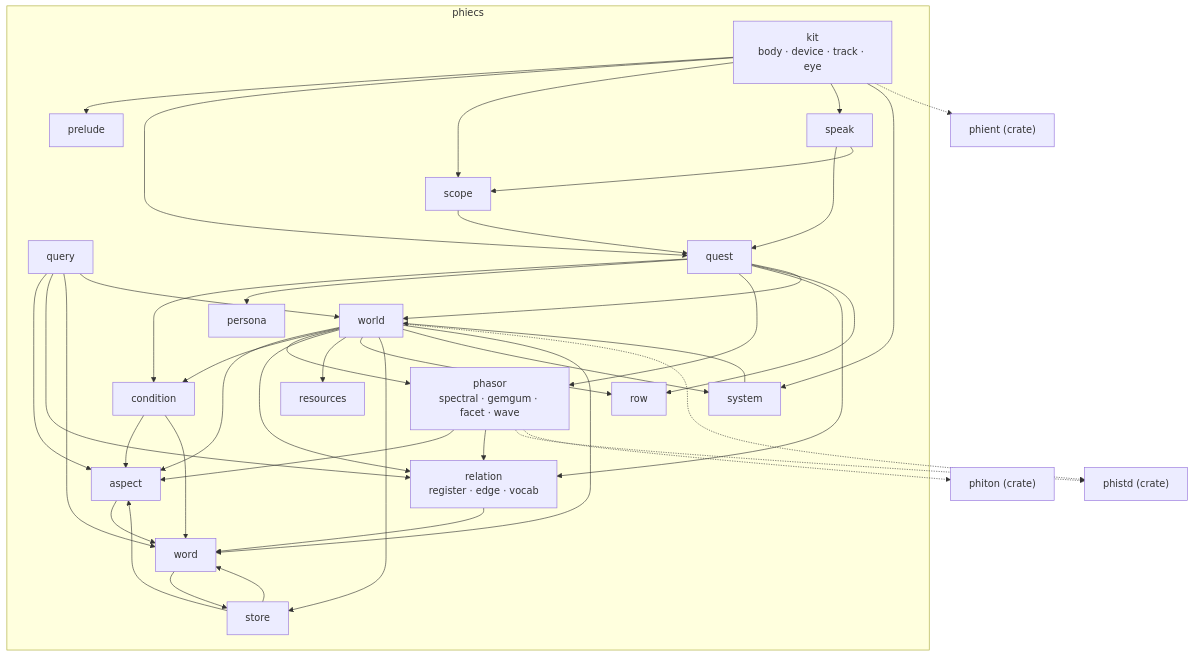
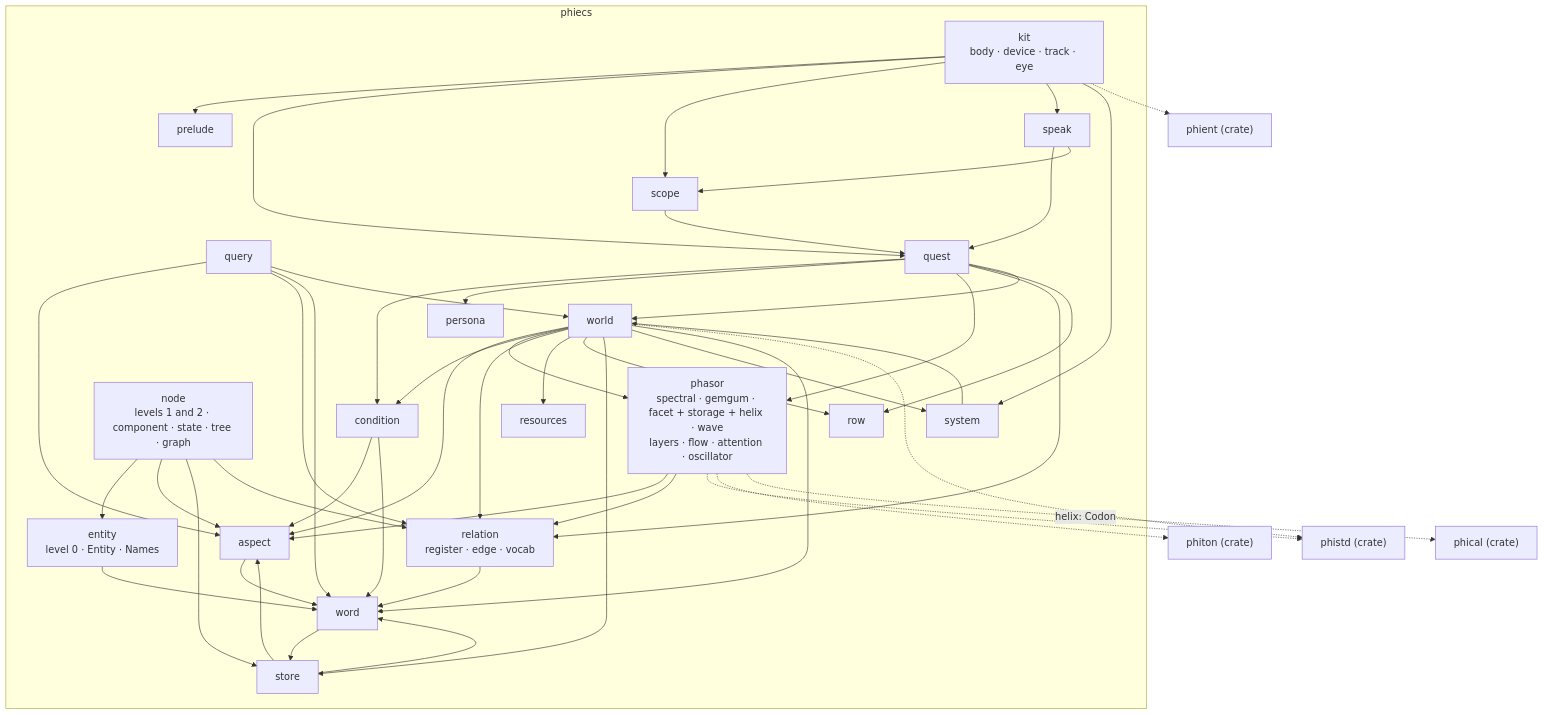
One commit to gemphi/phiecs changed the first of 2 diagrams in ARCHITECTURE.md. Above: the diagram before and after it, drawn with Mermaid. The commit also changed other lines of this file and 46 other files, not shown here.

````diff
--- a/ARCHITECTURE.md
+++ b/ARCHITECTURE.md
@@ -5,66 +5,75 @@
 ```mermaid
 graph TB
     subgraph crate["phiecs"]
         m_aspect["aspect"]
         m_condition["condition"]
+        m_entity["entity<br/>level 0 · Entity · Names"]
         m_kit["kit<br/>body · device · track · eye"]
+        m_node["node<br/>levels 1 and 2 · component · state · tree · graph"]
         m_persona["persona"]
-        m_phasor["phasor<br/>spectral · gemgum · facet · wave"]
+        m_phasor["phasor<br/>spectral · gemgum · facet + storage + helix · wave<br/>layers · flow · attention · oscillator"]
         m_prelude["prelude"]
         m_query["query"]
         m_quest["quest"]
         m_relation["relation<br/>register · edge · vocab"]
         m_resources["resources"]
         m_row["row"]
         m_scope["scope"]
         m_speak["speak"]
         m_store["store"]
         m_system["system"]
         m_word["word"]
         m_world["world"]
     end
     m_aspect --> m_word
     m_condition --> m_aspect
     m_condition --> m_word
+    m_entity --> m_word
     m_kit --> m_prelude
+    m_node --> m_entity
+    m_node --> m_aspect
+    m_node --> m_store
+    m_node --> m_relation
     m_kit --> m_quest
     m_kit --> m_scope
     m_kit --> m_speak
     m_kit --> m_system
     m_phasor --> m_aspect
     m_phasor --> m_relation
     m_query --> m_aspect
     m_query --> m_relation
     m_query --> m_word
     m_query --> m_world
     m_quest --> m_condition
     m_quest --> m_persona
     m_quest --> m_phasor
     m_quest --> m_relation
     m_quest --> m_row
     m_quest --> m_world
     m_relation --> m_word
     m_scope --> m_quest
     m_speak --> m_quest
     m_speak --> m_scope
     m_store --> m_aspect
     m_store --> m_word
     m_system --> m_world
     m_word --> m_store
     m_world --> m_aspect
     m_world --> m_condition
     m_world --> m_phasor
     m_world --> m_relation
     m_world --> m_resources
     m_world --> m_row
     m_world --> m_store
     m_world --> m_system
     m_world --> m_word
     X_phient["phient (crate)"]
     m_kit -.-> X_phient
     X_phistd["phistd (crate)"]
     m_phasor -.-> X_phistd
     m_world -.-> X_phistd
     X_phiton["phiton (crate)"]
     m_phasor -.-> X_phiton
+    X_phical["phical (crate)"]
+    m_phasor -.->|"helix: Codon"| X_phical
 ```
````
